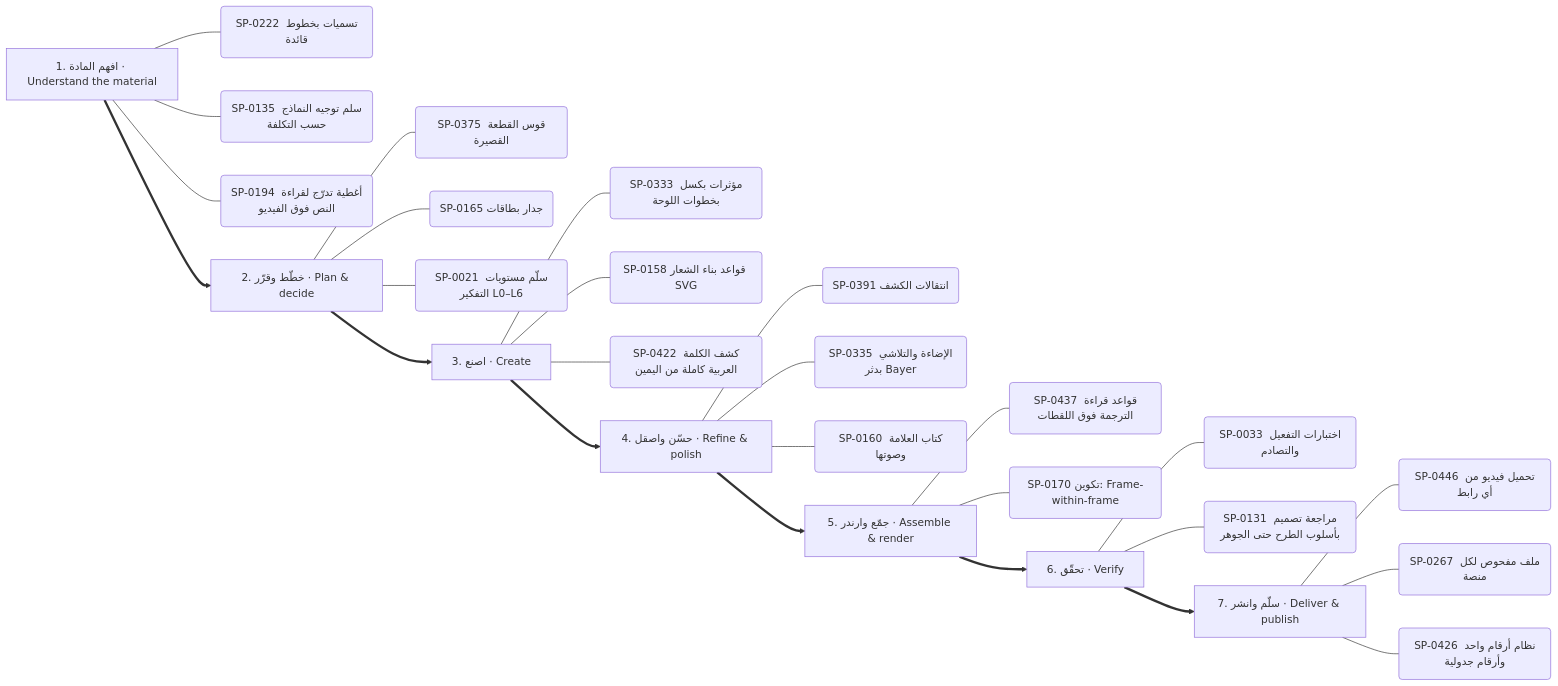
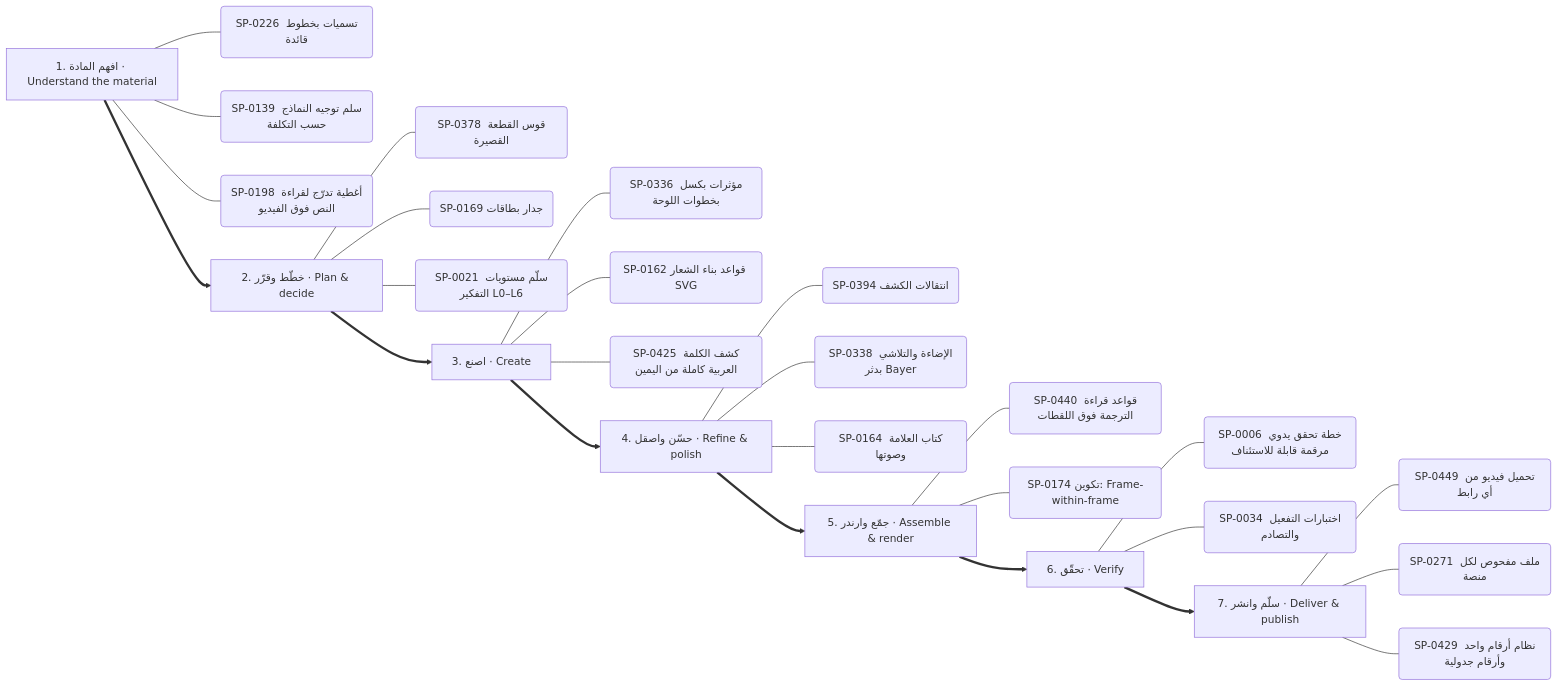
One commit to kosif199022-jpg/kosif-tool changed the sixth of 13 diagrams in .claude/skills/kosif-superpowers/references/capability-mindmap.md. Above: the diagram before and after it, drawn with Mermaid. The commit also changed other lines of this file and 61 other files, not shown here.

````diff
--- a/.claude/skills/kosif-superpowers/references/capability-mindmap.md
+++ b/.claude/skills/kosif-superpowers/references/capability-mindmap.md
@@ -313,35 +314,35 @@
 ```mermaid
 flowchart LR
   S0["1. افهم المادة · Understand the material"]
-  S0 --- S0_0("SP-0222 تسميات بخطوط قائدة")
-  S0 --- S0_1("SP-0135 سلم توجيه النماذج حسب التكلفة")
-  S0 --- S0_2("SP-0194 أغطية تدرّج لقراءة النص فوق الفيديو")
+  S0 --- S0_0("SP-0226 تسميات بخطوط قائدة")
+  S0 --- S0_1("SP-0139 سلم توجيه النماذج حسب التكلفة")
+  S0 --- S0_2("SP-0198 أغطية تدرّج لقراءة النص فوق الفيديو")
   S1["2. خطّط وقرّر · Plan & decide"]
-  S1 --- S1_0("SP-0375 قوس القطعة القصيرة")
-  S1 --- S1_1("SP-0165 جدار بطاقات")
+  S1 --- S1_0("SP-0378 قوس القطعة القصيرة")
+  S1 --- S1_1("SP-0169 جدار بطاقات")
   S1 --- S1_2("SP-0021 سلّم مستويات التفكير L0–L6")
   S0 ==> S1
   S2["3. اصنع · Create"]
-  S2 --- S2_0("SP-0333 مؤثرات بكسل بخطوات اللوحة")
-  S2 --- S2_1("SP-0158 قواعد بناء الشعار SVG")
-  S2 --- S2_2("SP-0422 كشف الكلمة العربية كاملة من اليمين")
+  S2 --- S2_0("SP-0336 مؤثرات بكسل بخطوات اللوحة")
+  S2 --- S2_1("SP-0162 قواعد بناء الشعار SVG")
+  S2 --- S2_2("SP-0425 كشف الكلمة العربية كاملة من اليمين")
   S1 ==> S2
   S3["4. حسّن واصقل · Refine & polish"]
-  S3 --- S3_0("SP-0391 انتقالات الكشف")
-  S3 --- S3_1("SP-0335 الإضاءة والتلاشي بدثر Bayer")
-  S3 --- S3_2("SP-0160 كتاب العلامة وصوتها")
+  S3 --- S3_0("SP-0394 انتقالات الكشف")
+  S3 --- S3_1("SP-0338 الإضاءة والتلاشي بدثر Bayer")
+  S3 --- S3_2("SP-0164 كتاب العلامة وصوتها")
   S2 ==> S3
   S4["5. جمّع وارندر · Assemble & render"]
-  S4 --- S4_0("SP-0437 قواعد قراءة الترجمة فوق اللقطات")
-  S4 --- S4_1("SP-0170 تكوين: Frame-within-frame")
+  S4 --- S4_0("SP-0440 قواعد قراءة الترجمة فوق اللقطات")
+  S4 --- S4_1("SP-0174 تكوين: Frame-within-frame")
   S3 ==> S4
   S5["6. تحقّق · Verify"]
-  S5 --- S5_0("SP-0033 اختبارات التفعيل والتصادم")
-  S5 --- S5_1("SP-0131 مراجعة تصميم بأسلوب الطرح حتى الجوهر")
+  S5 --- S5_0("SP-0006 خطة تحقق يدوي مرقمة قابلة للاستئناف")
+  S5 --- S5_1("SP-0034 اختبارات التفعيل والتصادم")
   S4 ==> S5
   S6["7. سلّم وانشر · Deliver & publish"]
-  S6 --- S6_0("SP-0446 تحميل فيديو من أي رابط")
-  S6 --- S6_1("SP-0267 ملف مفحوص لكل منصة")
-  S6 --- S6_2("SP-0426 نظام أرقام واحد وأرقام جدولية")
+  S6 --- S6_0("SP-0449 تحميل فيديو من أي رابط")
+  S6 --- S6_1("SP-0271 ملف مفحوص لكل منصة")
+  S6 --- S6_2("SP-0429 نظام أرقام واحد وأرقام جدولية")
   S5 ==> S6
 ```
````
